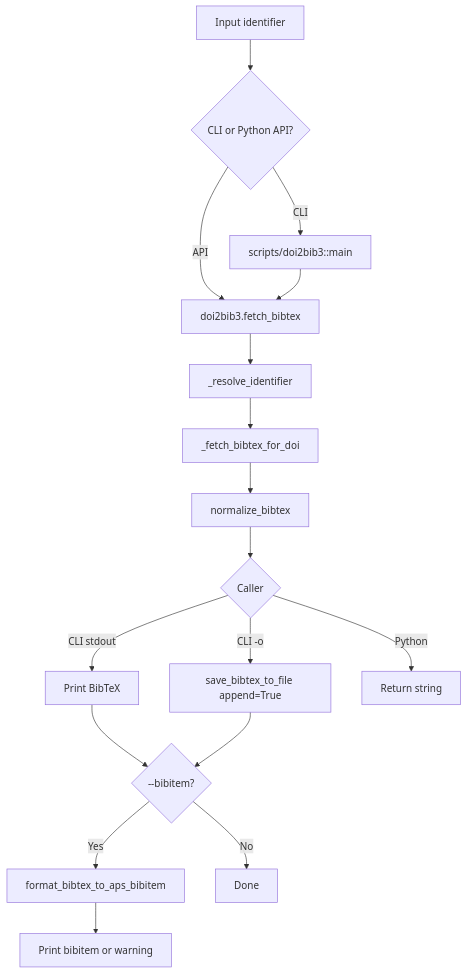
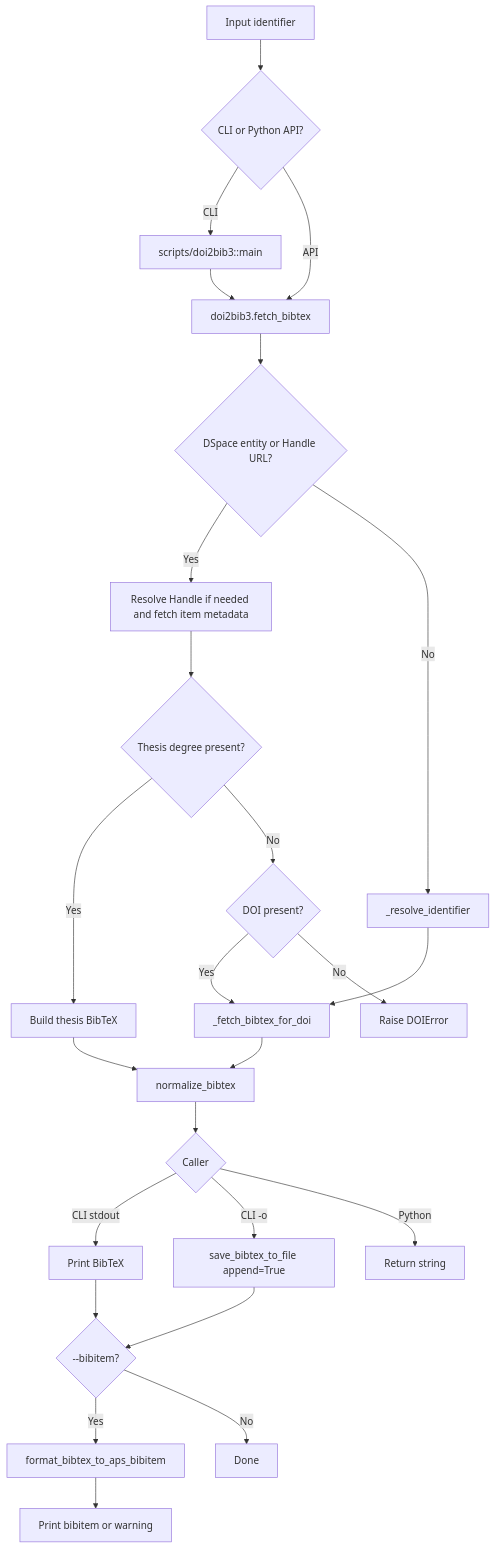
Before and after one commit to archisman-panigrahi/doi2bib3: the first of 4 diagrams in docs/ALGORITHM_VISUALS.md, drawn with Mermaid. The commit also changed other lines of this file and 4 other files, not shown here.

````diff
--- a/docs/ALGORITHM_VISUALS.md
+++ b/docs/ALGORITHM_VISUALS.md
@@ -7,19 +7,27 @@
 ```mermaid
 flowchart TD
     A[Input identifier] --> B{CLI or Python API?}
     B -->|CLI| C[scripts/doi2bib3::main]
     B -->|API| D[doi2bib3.fetch_bibtex]
     C --> D
-    D --> E[_resolve_identifier]
+    D --> P{DSpace entity or Handle URL?}
+    P -->|Yes| Q[Resolve Handle if needed and fetch item metadata]
+    P -->|No| E[_resolve_identifier]
+    Q --> R{Thesis degree present?}
+    R -->|Yes| S[Build thesis BibTeX]
+    R -->|No| T{DOI present?}
+    T -->|Yes| F
+    T -->|No| U[Raise DOIError]
     E --> F[_fetch_bibtex_for_doi]
     F --> G[normalize_bibtex]
+    S --> G
     G --> H{Caller}
     H -->|CLI stdout| I[Print BibTeX]
     H -->|CLI -o| J[save_bibtex_to_file append=True]
     H -->|Python| K[Return string]
     I --> L{--bibitem?}
     J --> L
     L -->|Yes| M[format_bibtex_to_aps_bibitem]
     L -->|No| N[Done]
     M --> O[Print bibitem or warning]
 ```
````
